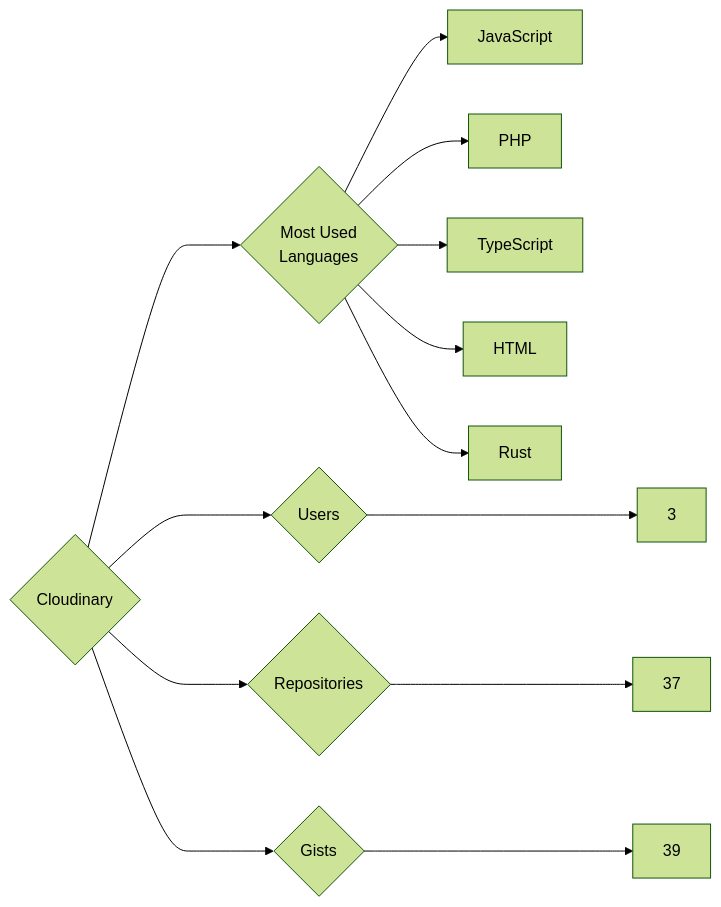
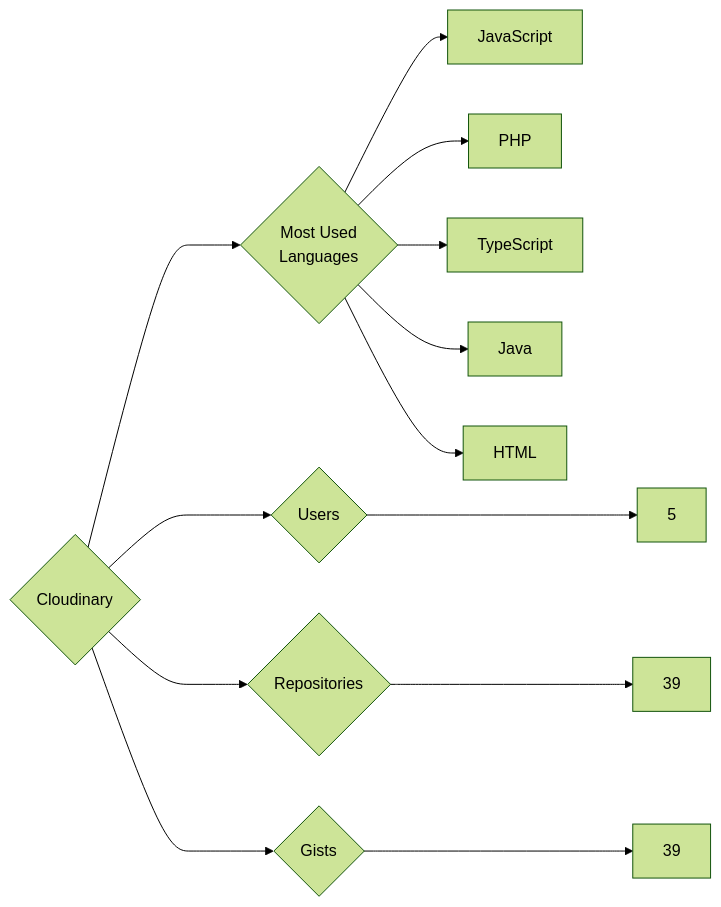
One commit to trickest/insiders changed the diagram in targets/Cloudinary/README.md. Above: the diagram before and after it, drawn with Mermaid (forest theme). The commit also changed 924 other files, not shown here.

````diff
--- a/targets/Cloudinary/README.md
+++ b/targets/Cloudinary/README.md
@@ -3,13 +3,13 @@
 ```mermaid
 graph LR
 COMPANY_NAME{Cloudinary}
-COMPANY_NAME ---> U{Users} ---> UN[3]
-COMPANY_NAME ---> R{Repositories} ---> RN[37]
+COMPANY_NAME ---> U{Users} ---> UN[5]
+COMPANY_NAME ---> R{Repositories} ---> RN[39]
 COMPANY_NAME ---> G{Gists} ---> GN[39]
 COMPANY_NAME ---> ML{Most Used<br>Languages}
 ML --> JavaScript[JavaScript]
 ML --> PHP[PHP]
 ML --> TypeScript[TypeScript]
+ML --> Java[Java]
 ML --> HTML[HTML]
-ML --> Rust[Rust]
 ```
````
